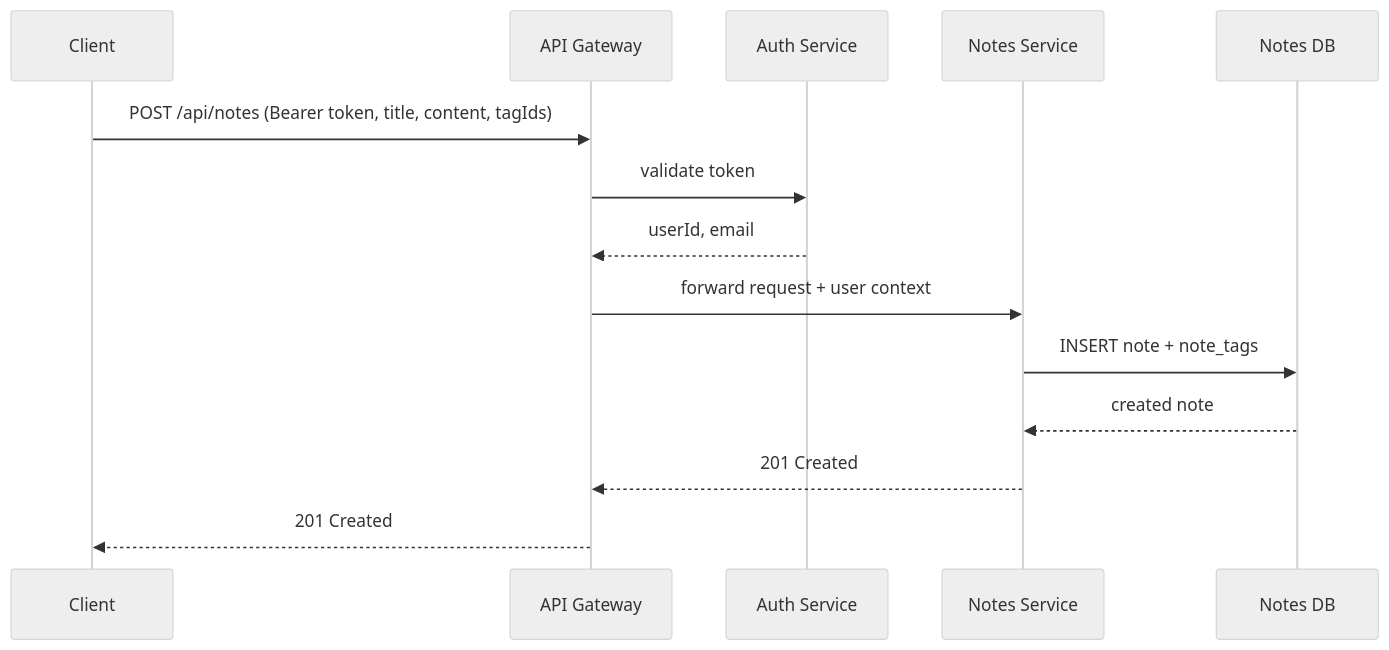
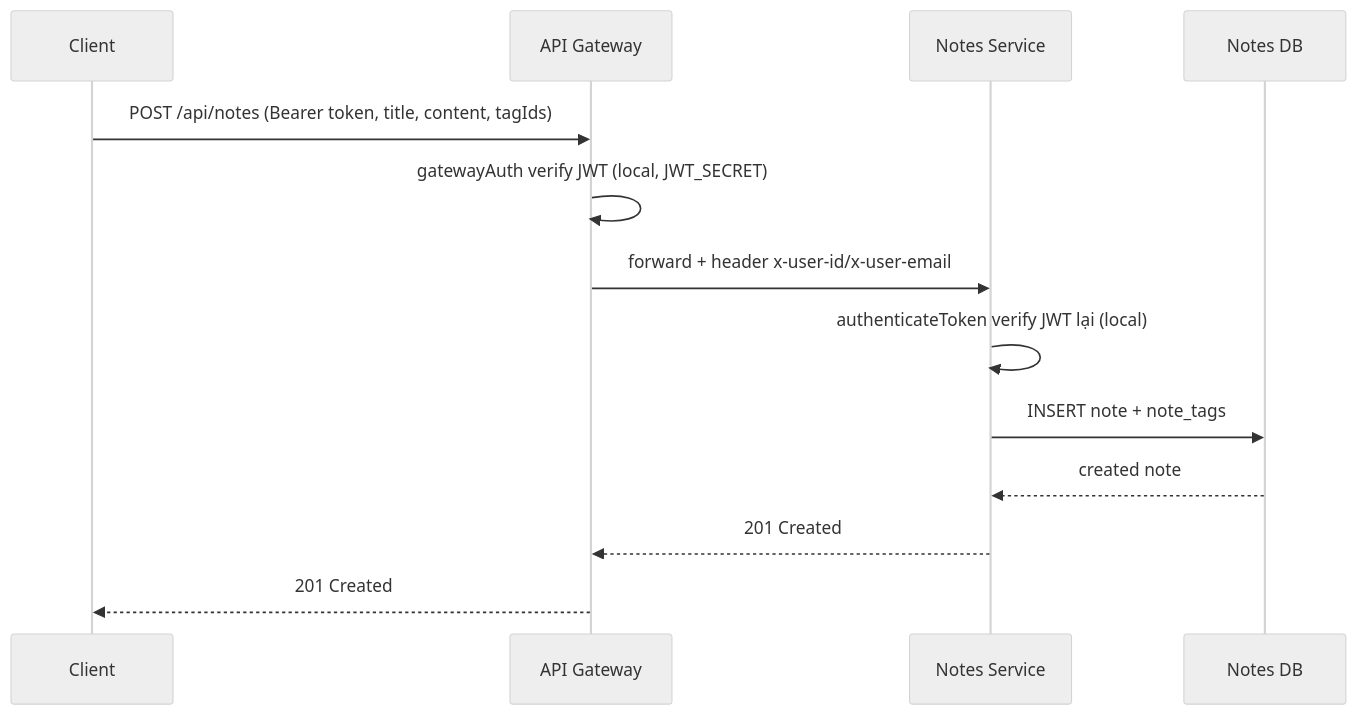
One commit to jackytech111/NoteFlow changed the seventh of 7 diagrams in README.md. Above: the diagram before and after it, drawn with Mermaid (neutral theme). The commit also changed other lines of this file, not shown here.

Commit message:
Fix: fix some diagrams

````diff
--- a/README.md
+++ b/README.md
@@ -183,17 +186,16 @@
 ```mermaid
 sequenceDiagram
     participant C as Client
     participant G as API Gateway
-    participant A as Auth Service
     participant N as Notes Service
     participant DB as Notes DB
 
     C->>G: POST /api/notes (Bearer token, title, content, tagIds)
-    G->>A: validate token
-    A-->>G: userId, email
-    G->>N: forward request + user context
+    G->>G: gatewayAuth verify JWT (local, JWT_SECRET)
+    G->>N: forward + header x-user-id/x-user-email
+    N->>N: authenticateToken verify JWT lại (local)
     N->>DB: INSERT note + note_tags
     DB-->>N: created note
     N-->>G: 201 Created
     G-->>C: 201 Created
 ```
````
